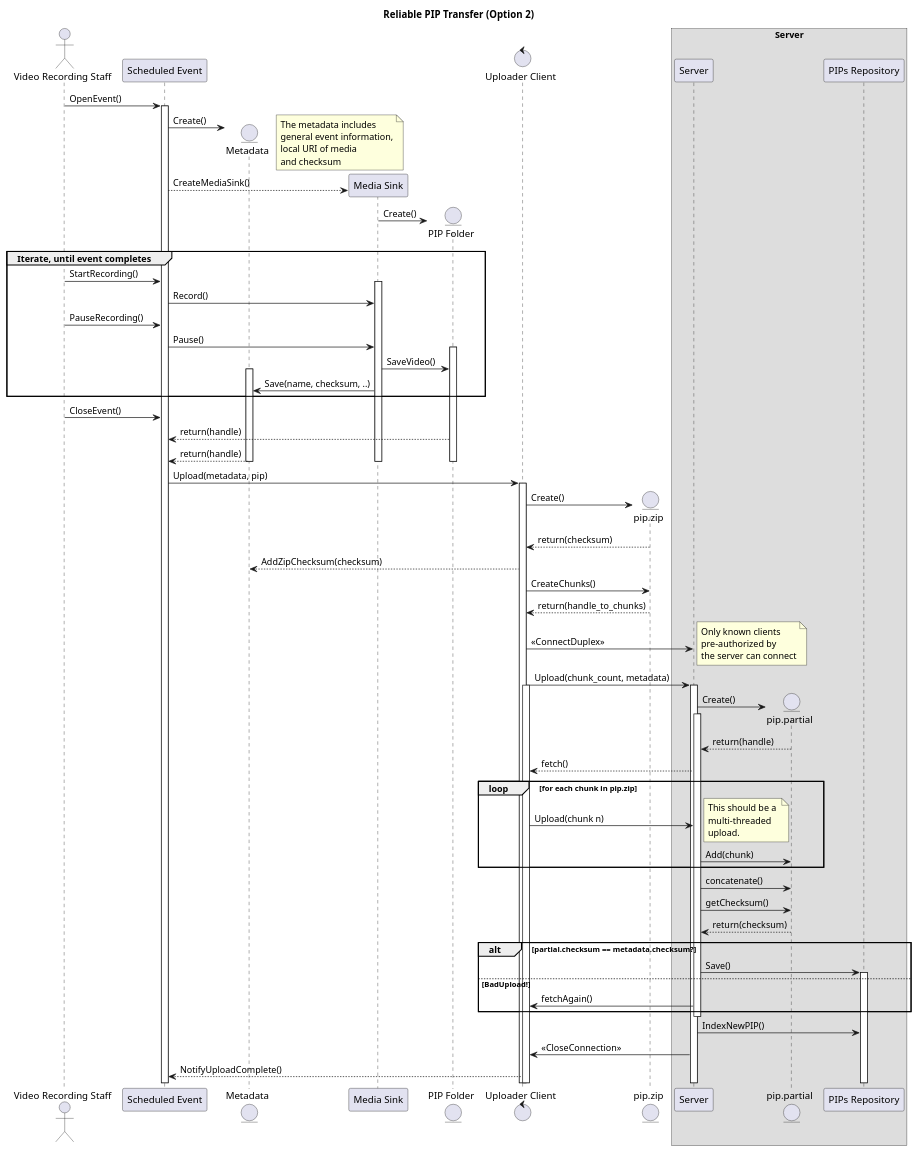
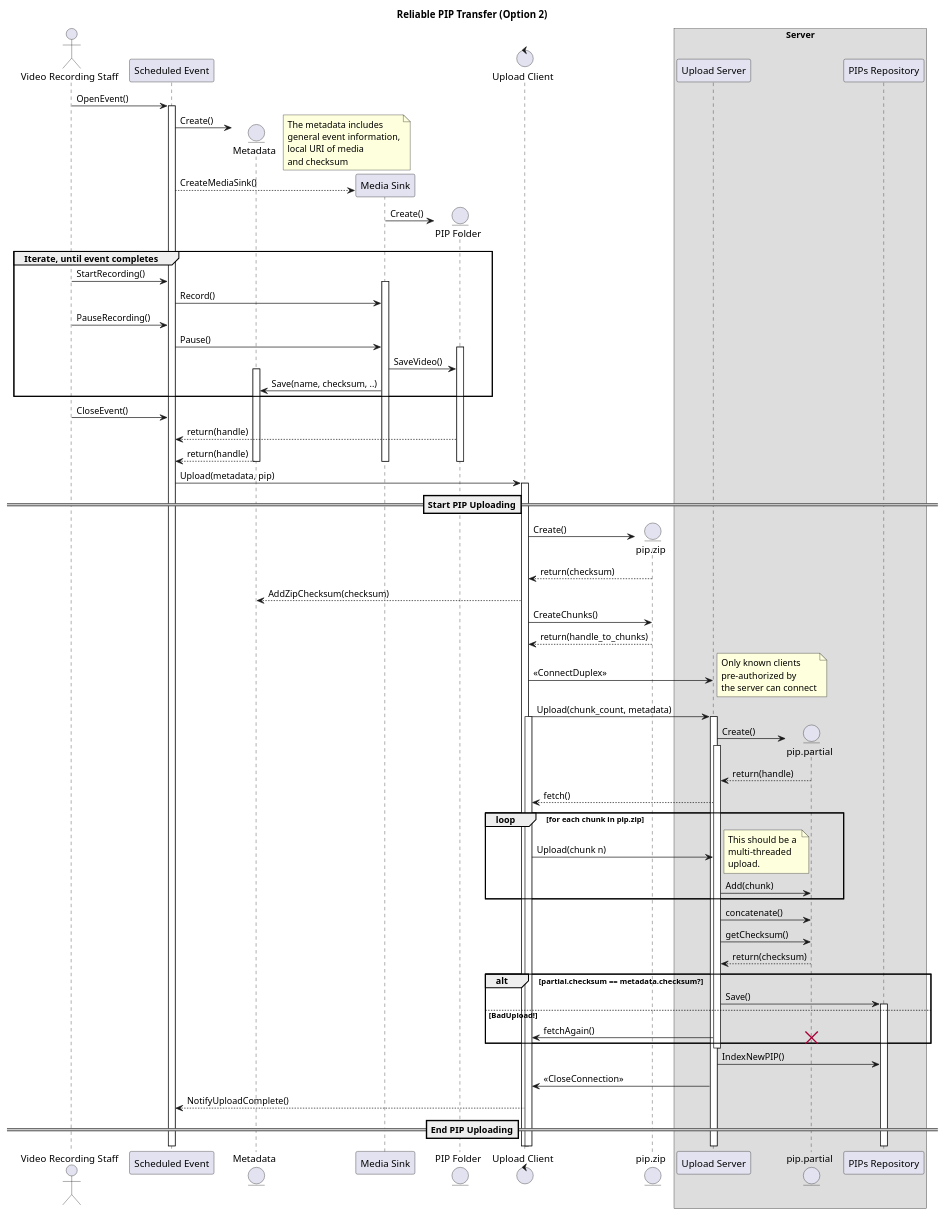
The diagram in reliable_pip_transfer_o2.puml (manish-drake/sportspiparch), drawn with PlantUML before and after one commit. The commit also changed 10 other files, not shown here.

Commit message:
Added design for File Uploader Service and created another option for Reliable PIP transfer

```diff
--- a/reliable_pip_transfer_o2.puml
+++ b/reliable_pip_transfer_o2.puml
@@ -1,102 +1,109 @@
 title Reliable PIP Transfer (Option 2)
 
 
 actor "Video Recording Staff" as vidrec
 
 vidrec -> "Scheduled Event" as eve: OpenEvent()
 activate eve
 
 create entity Metadata
 eve -> Metadata: Create()
 note right
     The metadata includes 
     general event information,
     local URI of media
     and checksum
 end note
 
 create "Media Sink" as sink
 eve --> sink: CreateMediaSink()
 
 
 create entity "PIP Folder" as pip
 sink -> pip: Create()
 
 group Iterate, until event completes
     vidrec -> eve: StartRecording()
     activate sink
     eve -> sink: Record()
 
     vidrec -> eve: PauseRecording()
     eve -> sink: Pause()
 
     activate pip
     sink -> pip: SaveVideo()
     
     activate Metadata
     sink -> Metadata: Save(name, checksum, ..)
 end
 
 vidrec -> eve: CloseEvent()
 pip --> eve: return(handle)
 Metadata --> eve: return(handle)
 
 deactivate pip
 deactivate sink
 deactivate Metadata
 
-control "Uploader Client" as client
+control "Upload Client" as client
 eve -> client: Upload(metadata, pip)
 activate client
+
+==Start PIP Uploading==
+
 
 create entity "pip.zip" as zip
 client -> zip: Create()
 zip --> client: return(checksum)
 client --> Metadata: AddZipChecksum(checksum)
 client -> zip: CreateChunks()
 zip --> client: return(handle_to_chunks)
 box Server
-    client -> Server: << ConnectDuplex >>
+    client -> "Upload Server" as Server: << ConnectDuplex >>
     note right
         Only known clients
         pre-authorized by
         the server can connect
     end note
 
 
     client -> Server: Upload(chunk_count, metadata)
     activate Server
     activate client
 
     create entity "pip.partial" as partial
     Server -> partial: Create()
     activate Server
         partial --> Server: return(handle)
         Server --> client: fetch()
 
         loop for each chunk in pip.zip
             client -> Server: Upload(chunk n)
             note right
                 This should be a 
                 multi-threaded 
                 upload.
             end note
             Server -> partial: Add(chunk)
         end
         Server -> partial: concatenate()
 
         Server -> partial: getChecksum()        
         partial --> Server: return(checksum)
 
         alt partial.checksum == metadata.checksum?
             Server -> "PIPs Repository" as repo: Save()
             activate repo
         else BadUpload!
             Server -> client: fetchAgain()
+            destroy partial
         end
     deactivate Server
 
     Server -> repo: IndexNewPIP()
     Server -> client: << CloseConnection >>
 end box
 client --> eve: NotifyUploadComplete()
+
+
+==End PIP Uploading==
```
